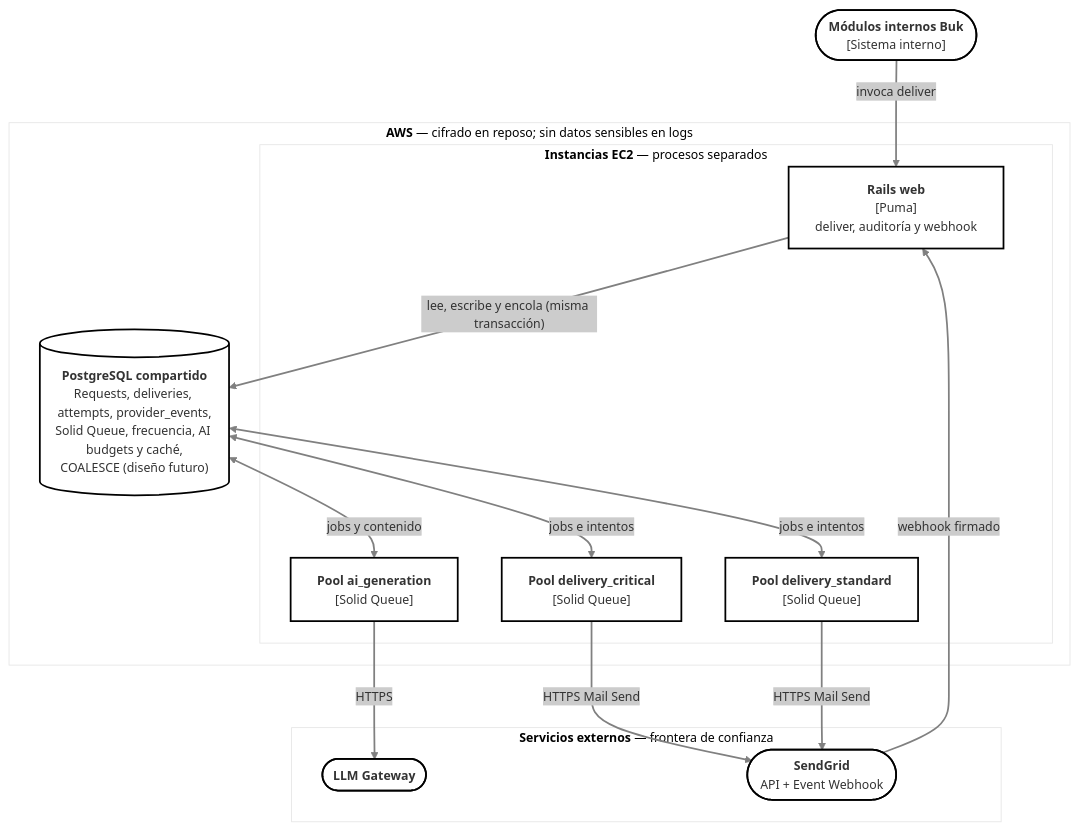
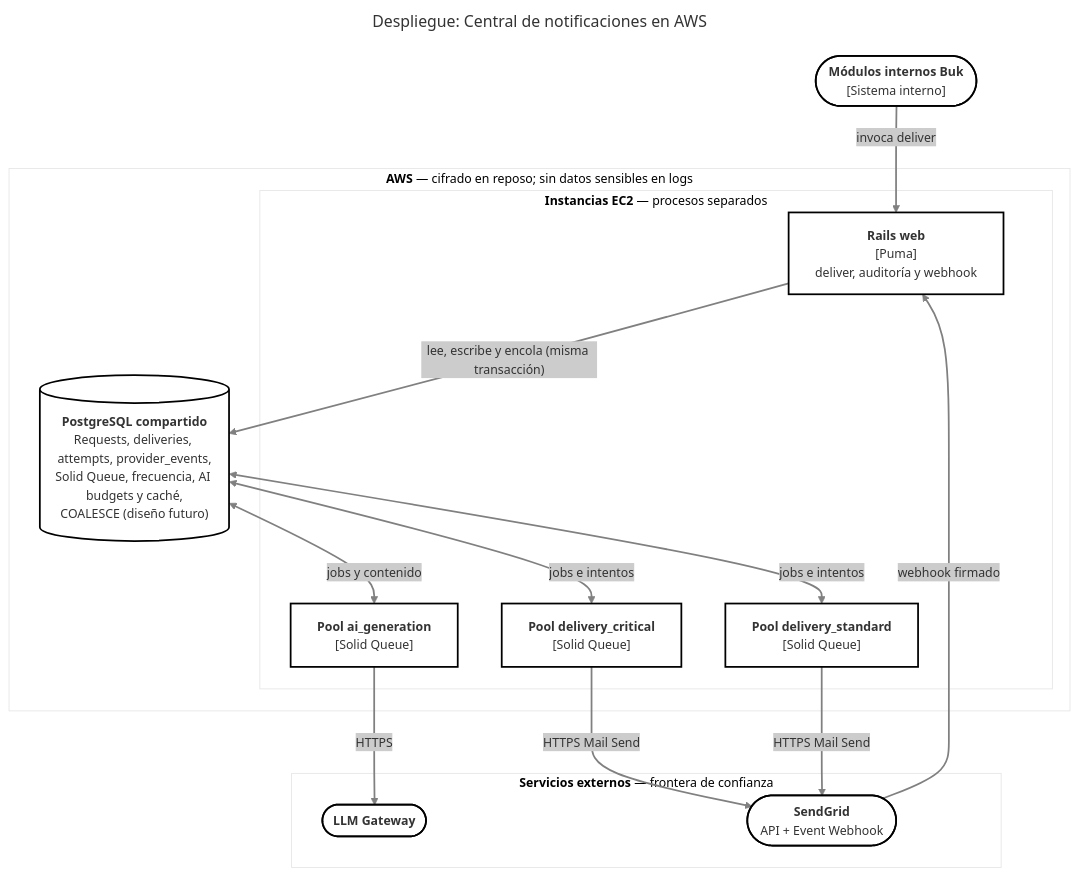
Before and after one commit to natha9404/codespaces-rails: the diagram in app/assets/images/infraestructura.mmd, drawn with Mermaid. The commit also changed 2 other files, not shown here.

Commit message:
Corregir legibilidad de la secuencia y agregar títulos a los diagramas
Claude-Session: https://claude.ai/code/session_01EN15Zt4eD2KFyRUn3HFGET

```diff
--- a/app/assets/images/infraestructura.mmd
+++ b/app/assets/images/infraestructura.mmd
@@ -1,29 +1,30 @@
 ---
+title: "Despliegue: Central de notificaciones en AWS"
 config:
   theme: neo
 ---
 flowchart TB
   Buk(["<b>Módulos internos Buk</b><br/>[Sistema interno]"])
   subgraph AWS["<b>AWS</b> — cifrado en reposo; sin datos sensibles en logs"]
     subgraph EC2["<b>Instancias EC2</b> — procesos separados"]
       WEB["<b>Rails web</b><br/>[Puma]<br/>deliver, auditoría y webhook"]
       WAI["<b>Pool ai_generation</b><br/>[Solid Queue]"]
       WCR["<b>Pool delivery_critical</b><br/>[Solid Queue]"]
       WST["<b>Pool delivery_standard</b><br/>[Solid Queue]"]
     end
     PG[("<b>PostgreSQL compartido</b><br/>Requests, deliveries, attempts, provider_events,<br/>Solid Queue, frecuencia, AI budgets y caché,<br/>COALESCE (diseño futuro)")]
   end
   subgraph EXT["<b>Servicios externos</b> — frontera de confianza"]
     SG(["<b>SendGrid</b><br/>API + Event Webhook"])
     LLM(["<b>LLM Gateway</b>"])
   end
   Buk -->|"invoca deliver"| WEB
   WEB -->|"lee, escribe y encola (misma transacción)"| PG
   PG <-->|"jobs y contenido"| WAI
   PG <-->|"jobs e intentos"| WCR
   PG <-->|"jobs e intentos"| WST
   WAI -->|"HTTPS"| LLM
   WCR -->|"HTTPS Mail Send"| SG
   WST -->|"HTTPS Mail Send"| SG
   SG -->|"webhook firmado"| WEB
   linkStyle default stroke:#808080
```
